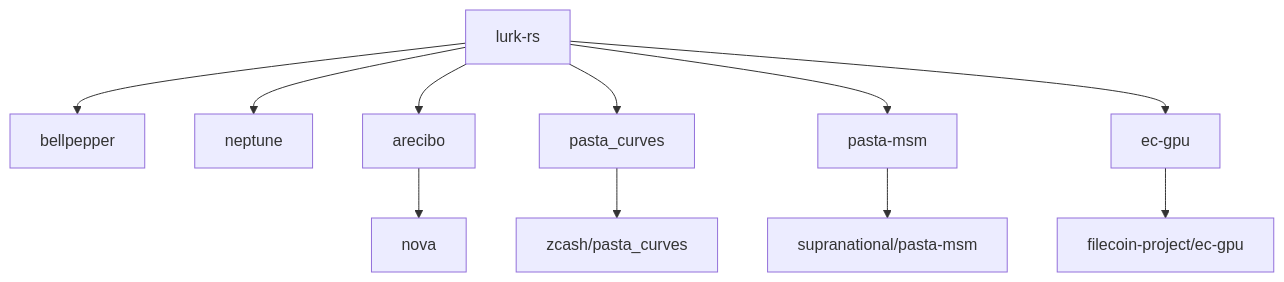
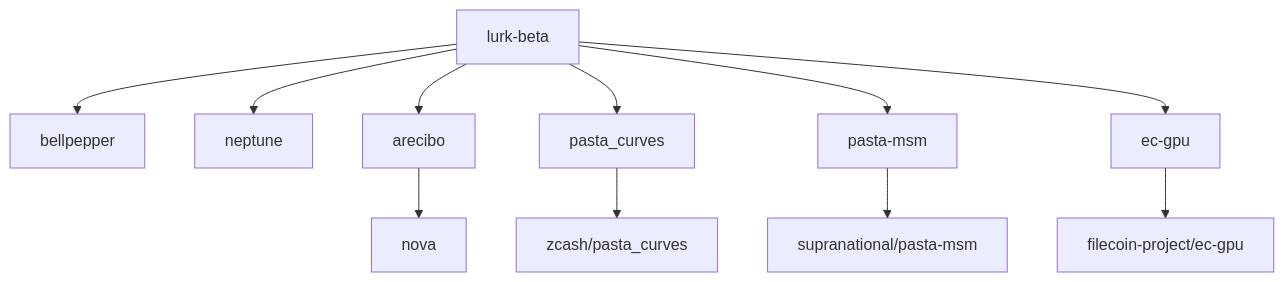
The second of 2 diagrams in CONTRIBUTING.md (argumentcomputer/lurk-beta), drawn with Mermaid before and after one commit. The commit also changed other lines of this file and 30 other files, not shown here.

````diff
--- a/CONTRIBUTING.md
+++ b/CONTRIBUTING.md
@@ -106,13 +106,13 @@
 ```mermaid
 graph TD
-    LURK[lurk-rs] --> BELL[bellpepper]
+    LURK[lurk-beta] --> BELL[bellpepper]
     LURK --> NEPT[neptune]
     LURK --> AREC[arecibo]
     AREC --> NOVA[nova]
     LURK --> PASTA_CURVES[pasta_curves]
     PASTA_CURVES --> ZCASH_PASTA[zcash/pasta_curves]
     LURK --> PASTA_MSM[pasta-msm]
     PASTA_MSM --> SUPRA_PASTA[supranational/pasta-msm]
     LURK --> EC_GPU[ec-gpu]
     EC_GPU --> FILECOIN_EC[filecoin-project/ec-gpu]
 ```
````
